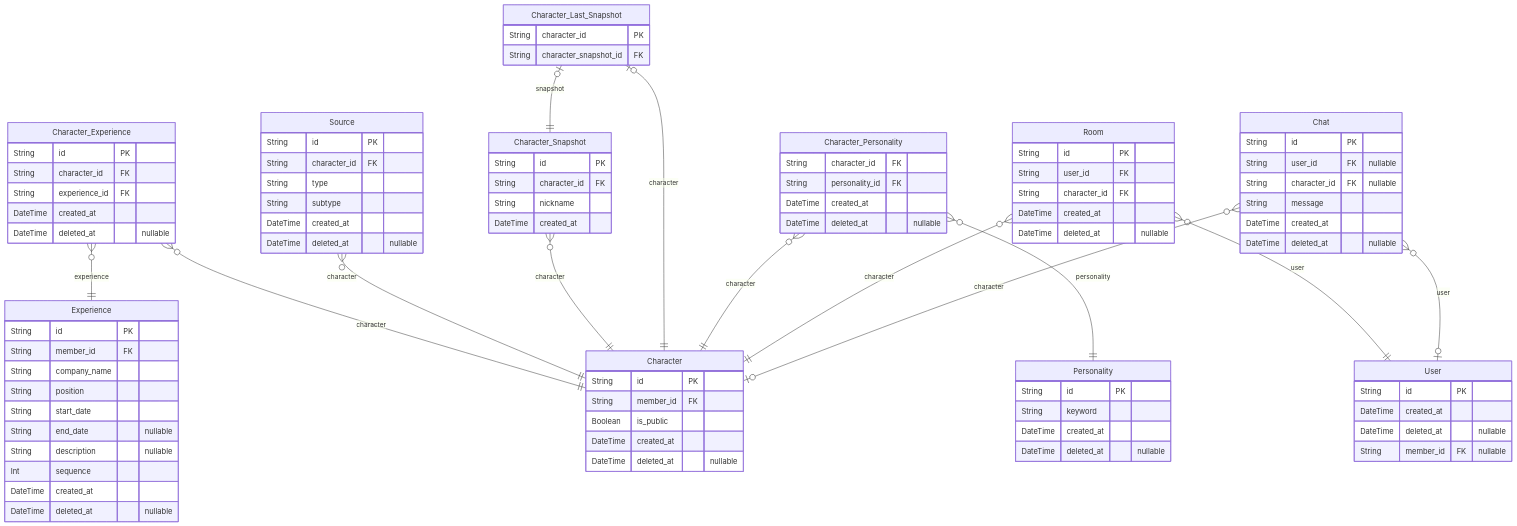
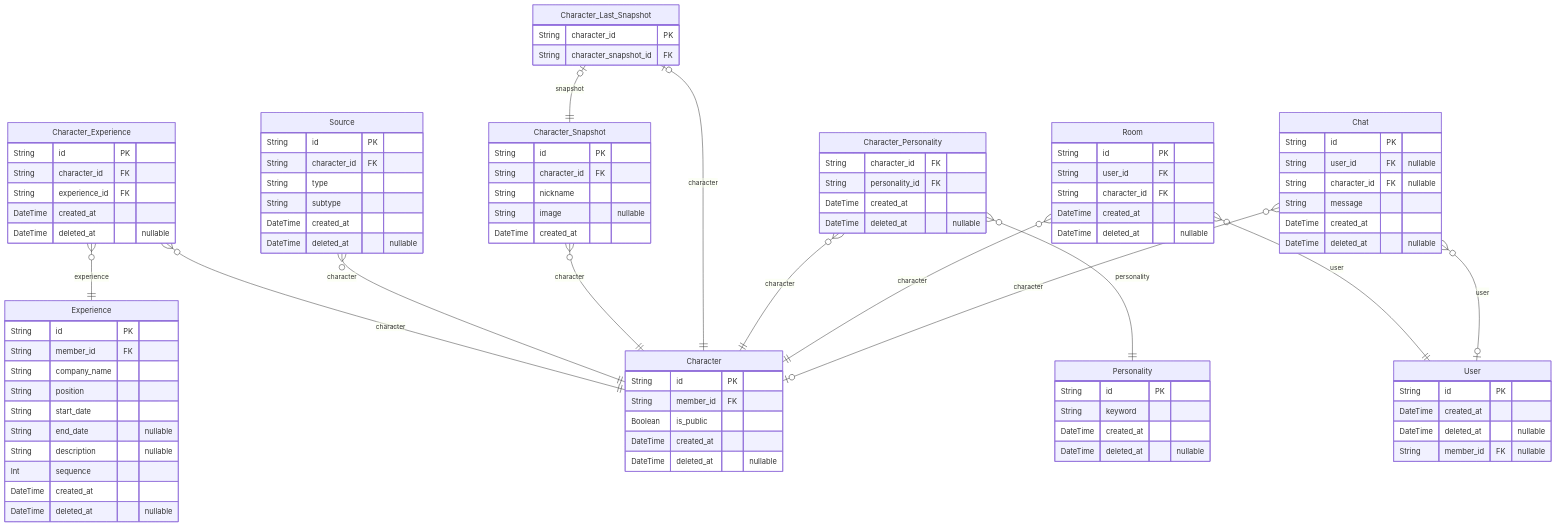
One commit to Resupath/backend changed the second of 2 diagrams in prisma/ERD.md. Above: the diagram before and after it, drawn with Mermaid. The commit also changed other lines of this file and 1 other file, not shown here.

```diff
--- a/prisma/ERD.md
+++ b/prisma/ERD.md
@@ -103,6 +103,7 @@
   String id PK
   String character_id FK
   String nickname
+  String image "nullable"
   DateTime created_at
 }
 "Character_Last_Snapshot" {
```
